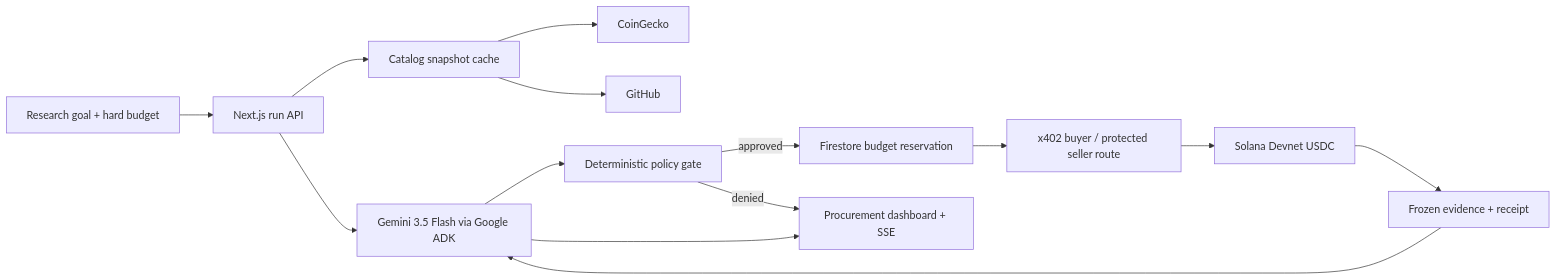
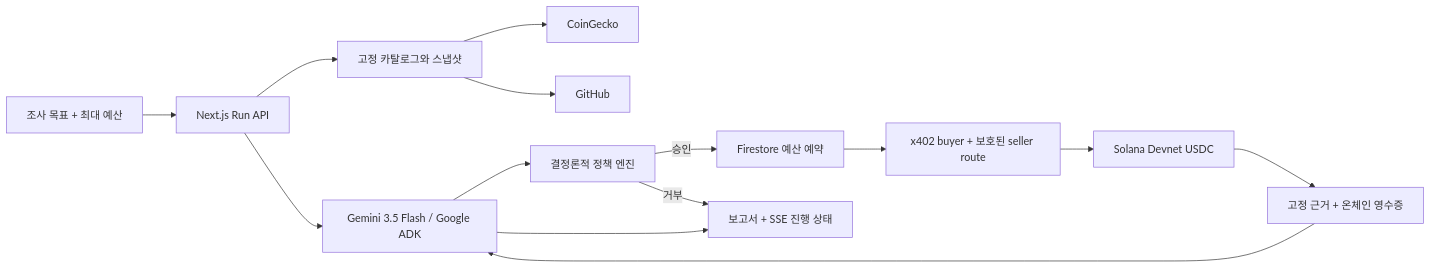
The diagram in README.md (jeonsavvy/REIN), drawn with Mermaid before and after one commit. The commit also changed other lines of this file and 18 other files, not shown here.

````diff
--- a/README.md
+++ b/README.md
@@ -44,16 +54,16 @@
 ```mermaid
 flowchart LR
-  U["Research goal + hard budget"] --> R["Next.js run API"]
-  R --> C["Catalog snapshot cache"]
+  U["조사 목표 + 최대 예산"] --> A["Next.js Run API"]
+  A --> C["고정 카탈로그와 스냅샷"]
   C --> CG["CoinGecko"]
   C --> GH["GitHub"]
-  R --> G["Gemini 3.5 Flash via Google ADK"]
-  G --> P["Deterministic policy gate"]
-  P -->|approved| Q["Firestore budget reservation"]
-  Q --> X["x402 buyer / protected seller route"]
+  A --> G["Gemini 3.5 Flash / Google ADK"]
+  G --> P["결정론적 정책 엔진"]
+  P -->|승인| Q["Firestore 예산 예약"]
+  Q --> X["x402 buyer + 보호된 seller route"]
   X --> S["Solana Devnet USDC"]
-  S --> E["Frozen evidence + receipt"]
-  E --> G
-  G --> D["Procurement dashboard + SSE"]
-  P -->|denied| D
+  S --> R["고정 근거 + 온체인 영수증"]
+  R --> G
+  G --> D["보고서 + SSE 진행 상태"]
+  P -->|거부| D
 ```
````
